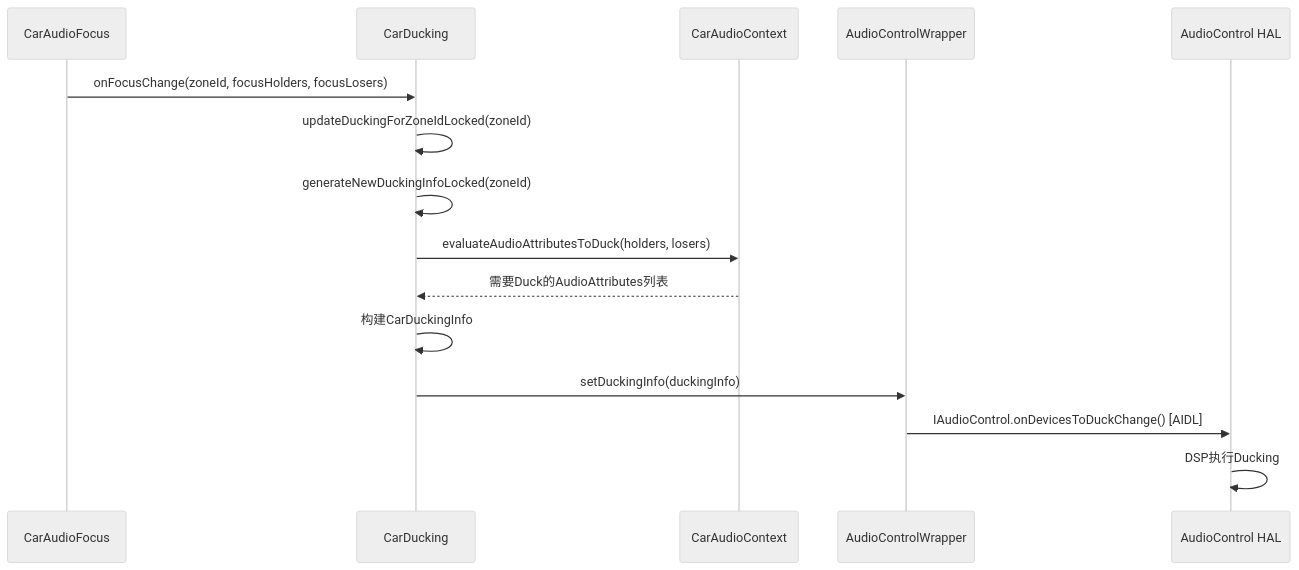
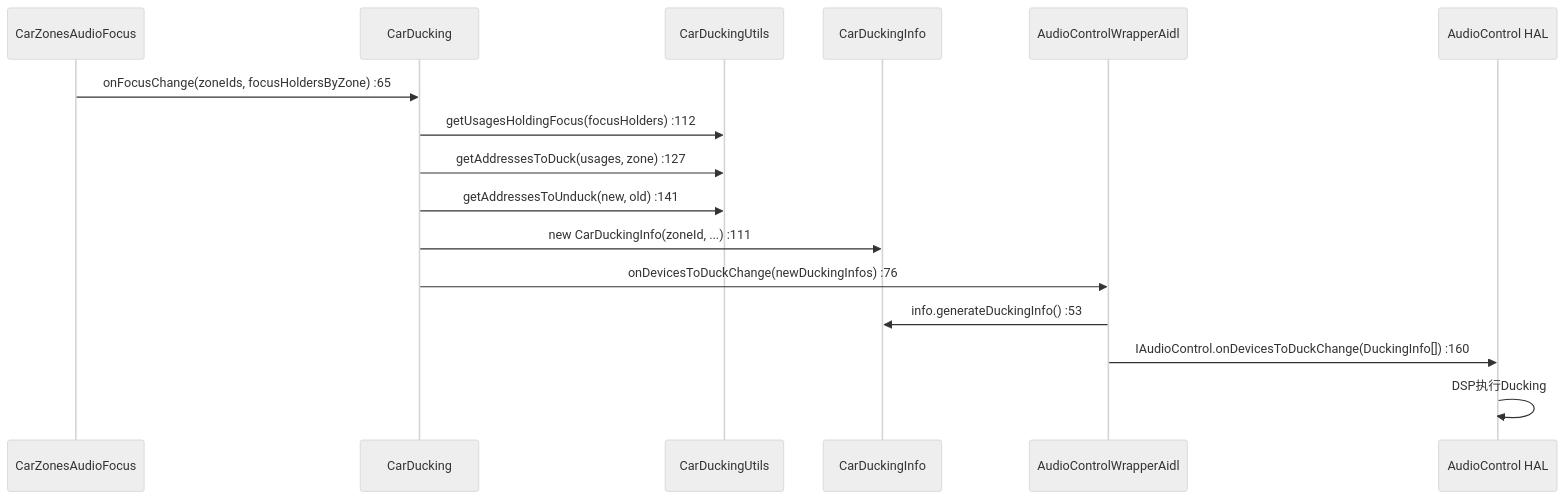
Before and after one commit to yanglinzhen1022/SA8295_AAOS_QNX_Audio_KnowledgeBase: the sixth of 8 diagrams in 09_AAOS_Car_Audio/09_9.8_AAOS多Zone全栈调用链.md, drawn with Mermaid (neutral theme). The commit also changed other lines of this file and 16 other files, not shown here.

````diff
--- a/09_AAOS_Car_Audio/09_9.8_AAOS多Zone全栈调用链.md
+++ b/09_AAOS_Car_Audio/09_9.8_AAOS多Zone全栈调用链.md
@@ -288,17 +303,18 @@
 ```mermaid
 sequenceDiagram
-    participant CAF as CarAudioFocus
+    participant CZAF as CarZonesAudioFocus
     participant CD as CarDucking
-    participant CAC as CarAudioContext
-    participant ACW as AudioControlWrapper
+    participant CDU as CarDuckingUtils
+    participant CDI as CarDuckingInfo
+    participant ACW as AudioControlWrapperAidl
     participant HAL as AudioControl HAL
-    CAF->>CD: onFocusChange(zoneId, focusHolders, focusLosers)
-    CD->>CD: updateDuckingForZoneIdLocked(zoneId)
-    CD->>CD: generateNewDuckingInfoLocked(zoneId)
-    CD->>CAC: evaluateAudioAttributesToDuck(holders, losers)
-    CAC-->>CD: 需要Duck的AudioAttributes列表
-    CD->>CD: 构建CarDuckingInfo
-    CD->>ACW: setDuckingInfo(duckingInfo)
-    ACW->>HAL: IAudioControl.onDevicesToDuckChange() [AIDL]
+    CZAF->>CD: onFocusChange(zoneIds, focusHoldersByZone) :65
+    CD->>CDU: getUsagesHoldingFocus(focusHolders) :112
+    CD->>CDU: getAddressesToDuck(usages, zone) :127
+    CD->>CDU: getAddressesToUnduck(new, old) :141
+    CD->>CDI: new CarDuckingInfo(zoneId, ...) :111
+    CD->>ACW: onDevicesToDuckChange(newDuckingInfos) :76
+    ACW->>CDI: info.generateDuckingInfo() :53
+    ACW->>HAL: IAudioControl.onDevicesToDuckChange(DuckingInfo[]) :160
     HAL->>HAL: DSP执行Ducking
 ```
````
